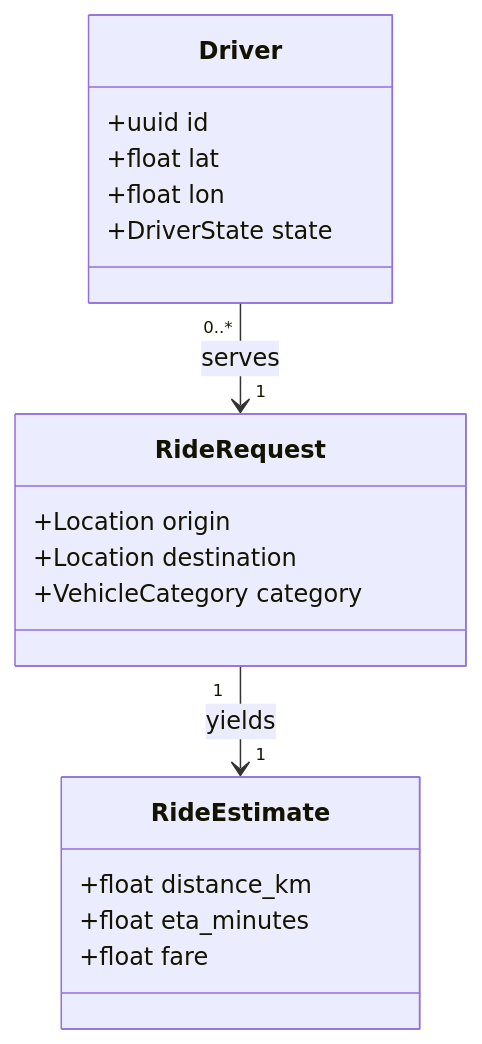
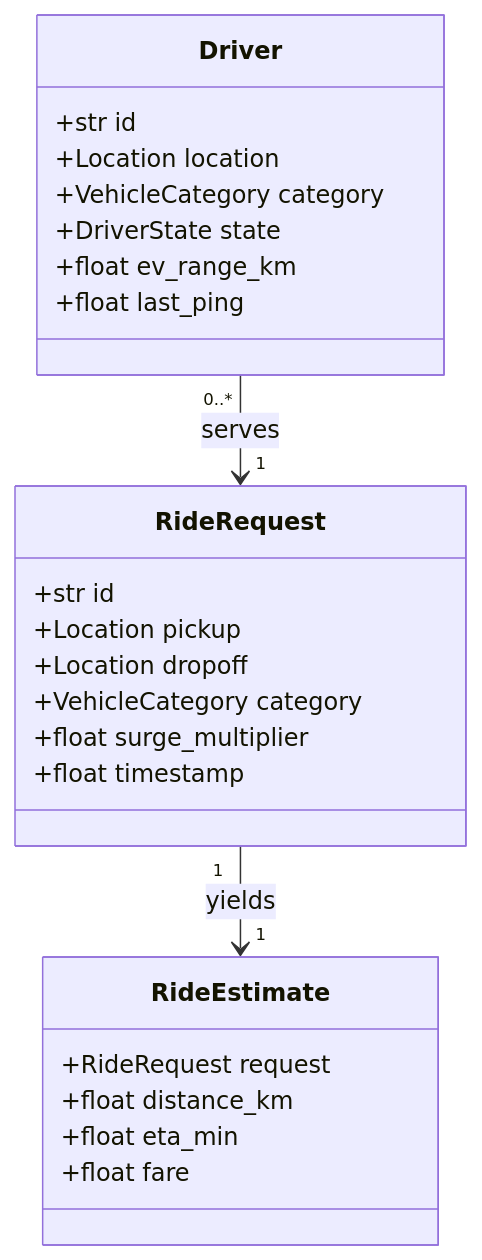
The first of 3 diagrams in docs/LLD.md (ashutoshcipher/Cab-Assignment-Simulator), drawn with Mermaid before and after one commit. The commit also changed other lines of this file, not shown here.

Commit message:
docs: expand domain model fields

````diff
--- a/docs/LLD.md
+++ b/docs/LLD.md
@@ -82,24 +82,30 @@
 ```mermaid
 classDiagram
     class Driver {
-        +uuid id
-        +float lat
-        +float lon
+        +str id
+        +Location location
+        +VehicleCategory category
         +DriverState state
+        +float ev_range_km
+        +float last_ping
     }
 
     class RideRequest {
-        +Location origin
-        +Location destination
+        +str id
+        +Location pickup
+        +Location dropoff
         +VehicleCategory category
+        +float surge_multiplier
+        +float timestamp
     }
 
     class RideEstimate {
+        +RideRequest request
         +float distance_km
-        +float eta_minutes
+        +float eta_min
         +float fare
     }
 
     Driver "0..*" --> "1" RideRequest : serves
     RideRequest "1" --> "1" RideEstimate : yields
 ```
````
